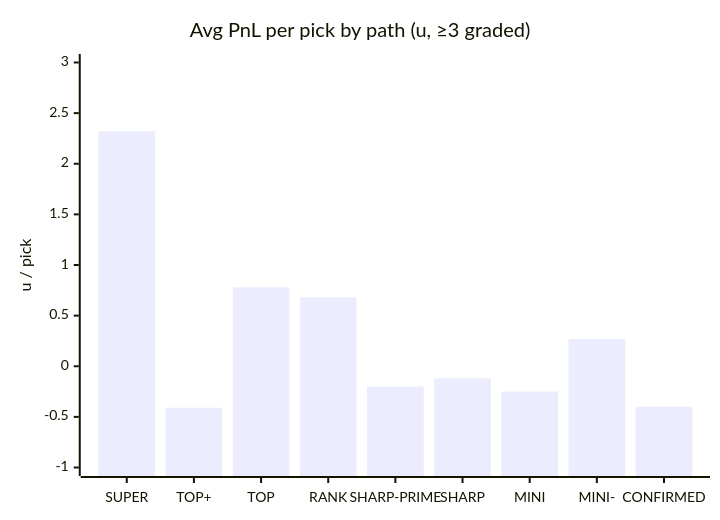
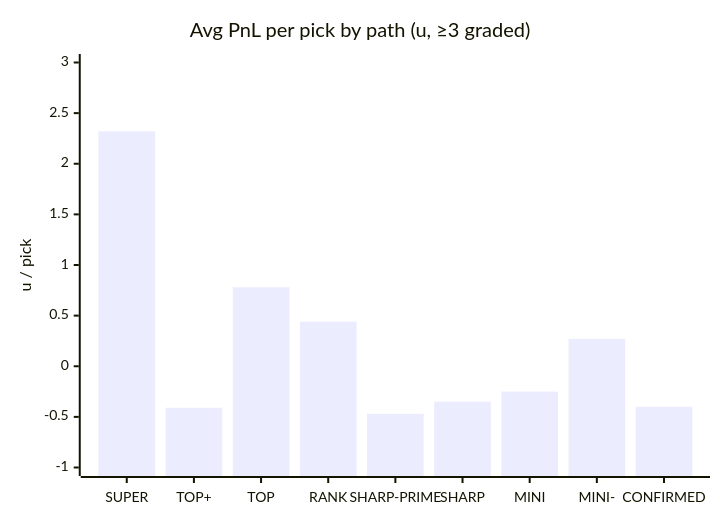
Before and after one commit to dpk1212/nhl-savant: the third of 5 diagrams in DAILY_AGSU_REPORT.md, drawn with Mermaid. The commit also changed other lines of this file, not shown here.

````diff
--- a/DAILY_AGSU_REPORT.md
+++ b/DAILY_AGSU_REPORT.md
@@ -339,7 +341,7 @@
 ```mermaid
 xychart-beta
     title "Avg PnL per pick by path (u, ≥3 graded)"
     x-axis ["SUPER", "TOP+", "TOP", "RANK", "SHARP-PRIME", "SHARP", "MINI", "MINI-", "CONFIRMED"]
     y-axis "u / pick" -1 --> 3
-    bar [2.32, -0.41, 0.78, 0.68, -0.2, -0.12, -0.25, 0.27, -0.4]
+    bar [2.32, -0.41, 0.78, 0.44, -0.47, -0.35, -0.25, 0.27, -0.4]
 ```
````
